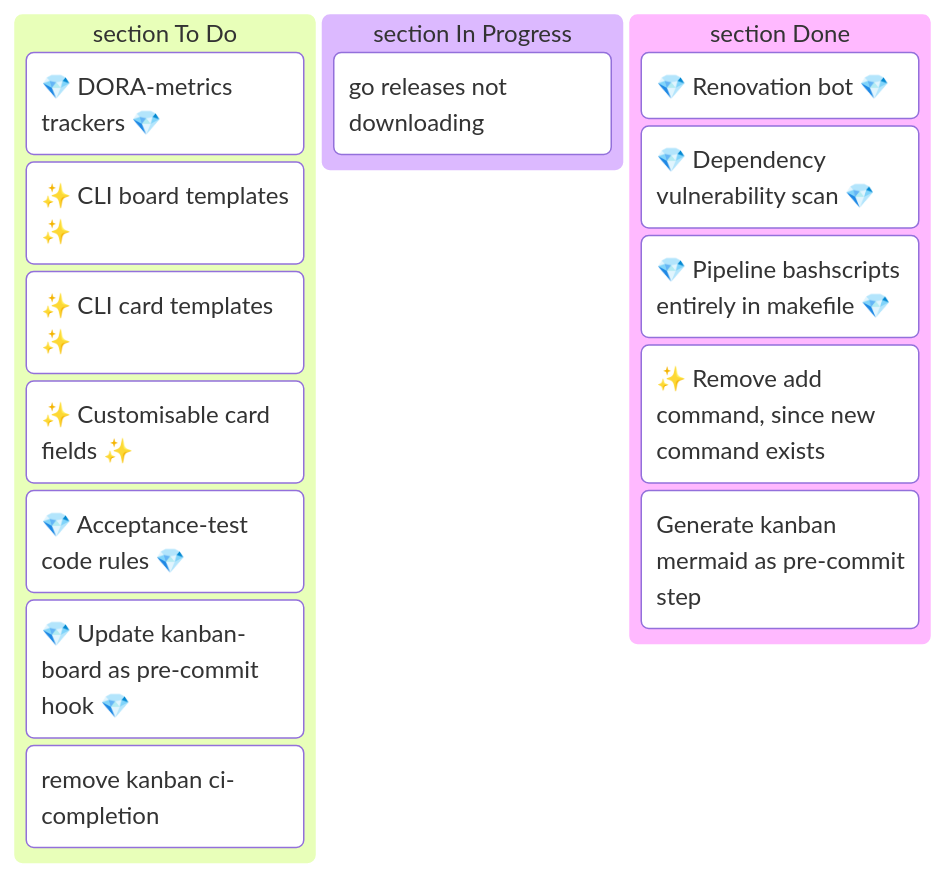
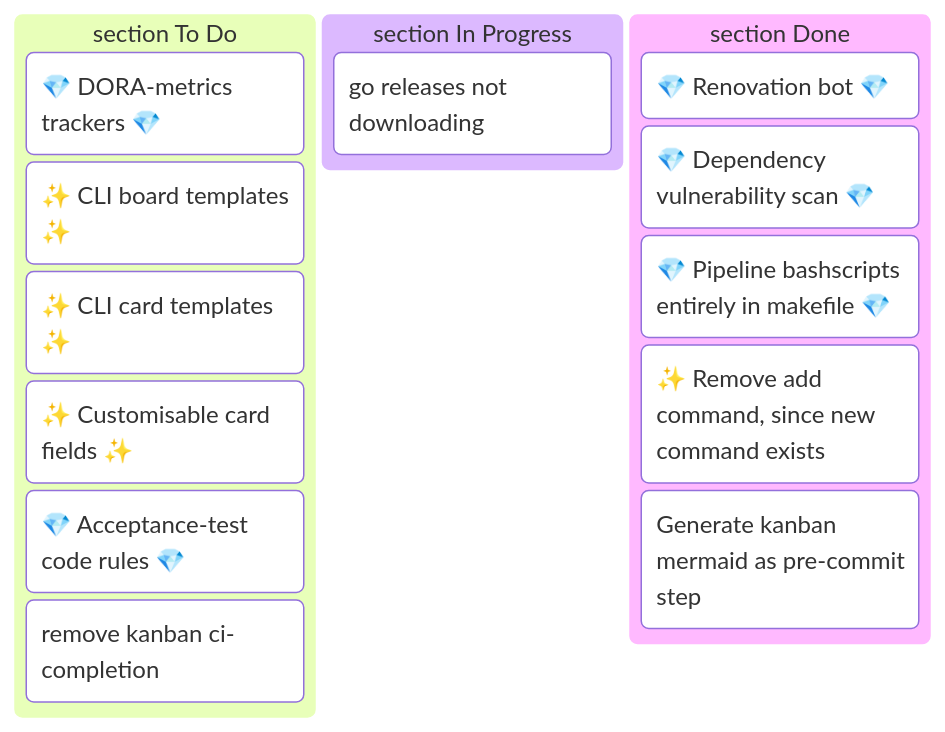
The diagram in README.md (jmsargent/Kanban), drawn with Mermaid before and after one commit. The commit also changed other lines of this file and 1 other file, not shown here.

Commit message:
chore: remove duplicate task

````diff
--- a/README.md
+++ b/README.md
@@ -8,19 +8,18 @@
 ```mermaid
 kanban
   section To Do
     TASK-001@{ label: "💎 DORA-metrics trackers 💎" }
     TASK-002@{ label: "✨ CLI board templates ✨" }
     TASK-003@{ label: "✨ CLI card templates ✨" }
     TASK-004@{ label: "✨ Customisable card fields ✨" }
     TASK-008@{ label: "💎 Acceptance-test code rules 💎" }
-    TASK-009@{ label: "💎 Update kanban-board as pre-commit hook 💎" }
     TASK-012@{ label: "remove kanban ci-completion" }
   section In Progress
     TASK-010@{ label: "go releases not downloading" }
   section Done
     TASK-005@{ label: "💎 Renovation bot 💎" }
     TASK-006@{ label: "💎 Dependency vulnerability scan 💎" }
     TASK-007@{ label: "💎 Pipeline bashscripts entirely in makefile 💎" }
     TASK-011@{ label: "✨ Remove add command, since new command exists" }
     TASK-013@{ label: "Generate kanban mermaid as pre-commit step" }
 ```
````
